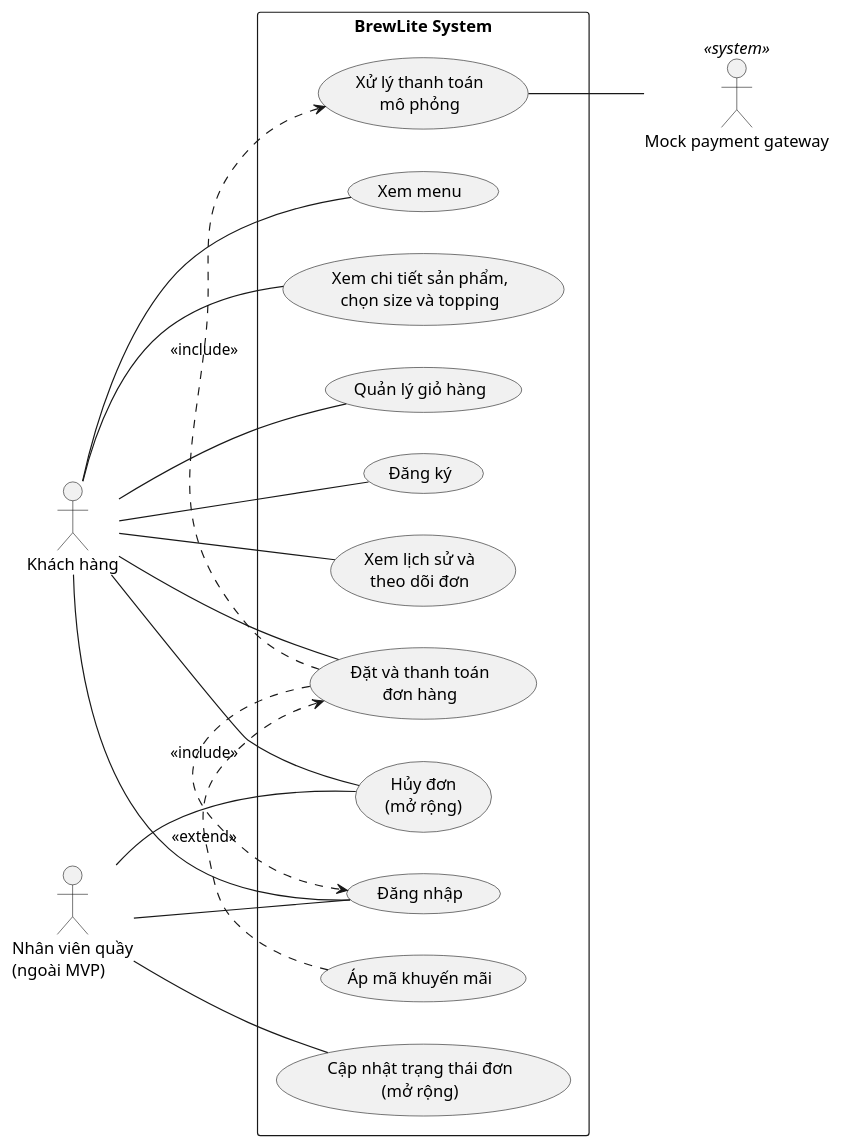
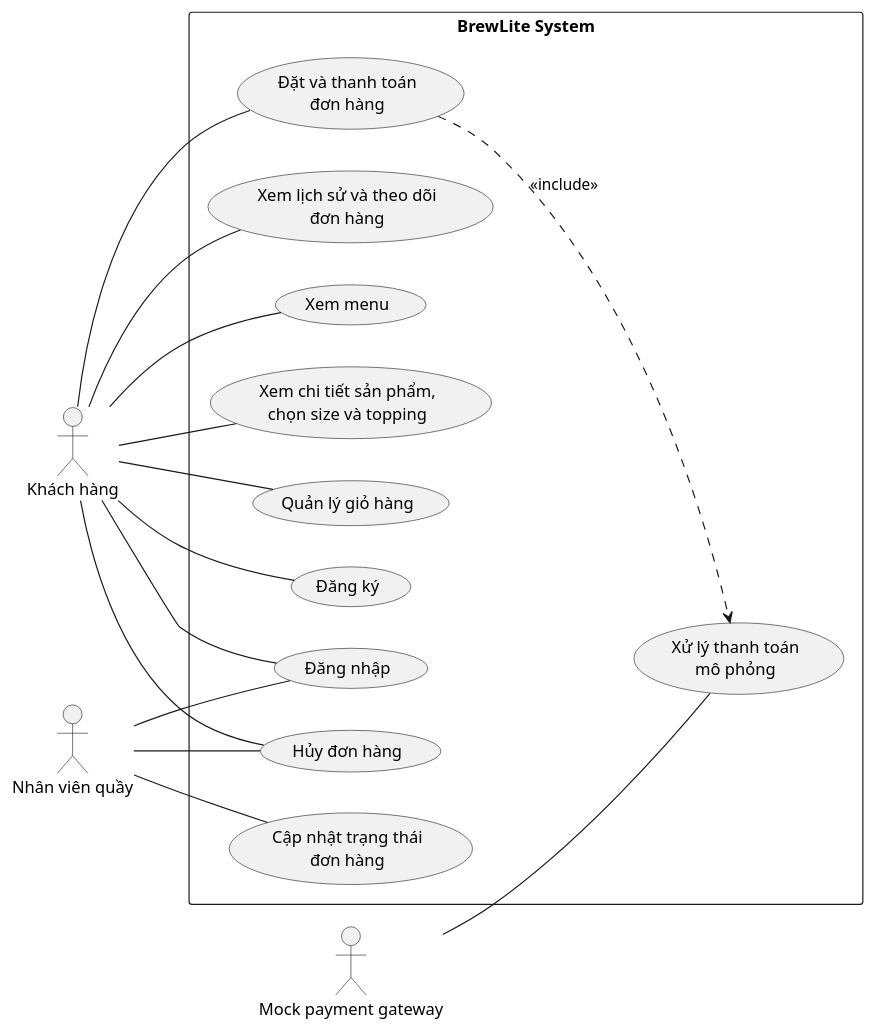
Before and after one commit to Tuan250206/BrewLite_Assignment2: the diagram in docs/diagrams/use-case-overview.puml, drawn with PlantUML. The commit also changed 2 other files, not shown here.

Commit message:
task 1.2: chinh sưa so do usecase tong quat va tai lieu srs.md

```diff
--- a/docs/diagrams/use-case-overview.puml
+++ b/docs/diagrams/use-case-overview.puml
@@ -1,43 +1,39 @@
-@startuml use-case-overview
+@startuml
 left to right direction
 skinparam packageStyle rectangle
 
-actor "Khách hàng" as Customer
-actor "Nhân viên quầy\n(ngoài MVP)" as Staff
-actor "Mock payment gateway" as Payment <<system>>
+actor "Khách hàng" as KH
+actor "Nhân viên quầy" as NV
+actor "Mock payment gateway" as PG
 
 rectangle "BrewLite System" {
-  usecase "Xem menu" as UC_Menu
-  usecase "Xem chi tiết sản phẩm,\nchọn size và topping" as UC_Detail
-  usecase "Quản lý giỏ hàng" as UC_Cart
-  usecase "Đăng ký" as UC_Register
-  usecase "Đăng nhập" as UC_Login
-
-  usecase "Đặt và thanh toán\nđơn hàng" as UC_Order
-  usecase "Xử lý thanh toán\nmô phỏng" as UC_Pay
-  usecase "Áp mã khuyến mãi" as UC_Promo
-
-  usecase "Xem lịch sử và\ntheo dõi đơn" as UC_History
-  usecase "Hủy đơn\n(mở rộng)" as UC_Cancel
-  usecase "Cập nhật trạng thái đơn\n(mở rộng)" as UC_Status
+    usecase "Xem menu" as UC1
+    usecase "Xem chi tiết sản phẩm,\nchọn size và topping" as UC2
+    usecase "Quản lý giỏ hàng" as UC3
+    usecase "Đăng ký" as UC4
+    usecase "Đặt và thanh toán\nđơn hàng" as UC5
+    usecase "Xem lịch sử và theo dõi\nđơn hàng" as UC6
+    usecase "Đăng nhập" as UC7
+    usecase "Hủy đơn hàng" as UC8
+    usecase "Cập nhật trạng thái\nđơn hàng" as UC9
+    usecase "Xử lý thanh toán\nmô phỏng" as UC10
 }
 
-Customer -- UC_Menu
-Customer -- UC_Detail
-Customer -- UC_Cart
-Customer -- UC_Register
-Customer -- UC_Login
-Customer -- UC_Order
-Customer -- UC_History
-Customer -- UC_Cancel
+KH -- UC1
+KH -- UC2
+KH -- UC3
+KH -- UC4
+KH -- UC5
+KH -- UC6
+KH -- UC7
+KH -- UC8
 
-Staff -- UC_Login
-Staff -- UC_Cancel
-Staff -- UC_Status
+UC5 ..> UC10 : <<include>>
 
-UC_Pay -- Payment
+PG -- UC10
 
-UC_Order .> UC_Pay   : <<include>>
-UC_Order .> UC_Login : <<include>>
-UC_Promo .> UC_Order : <<extend>>
+NV -- UC7
+NV -- UC8
+NV -- UC9
+
 @enduml
```
